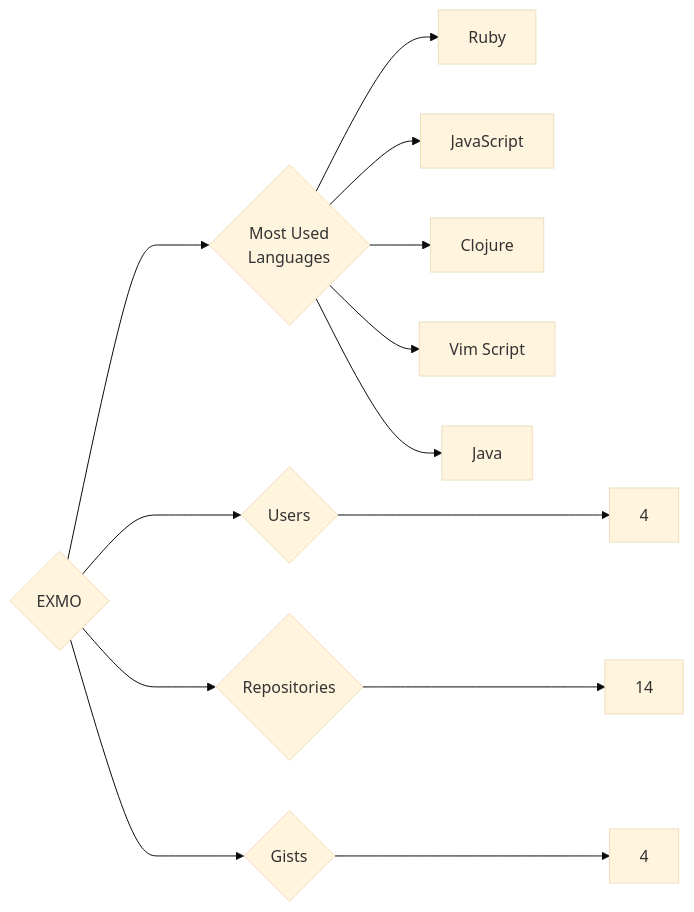
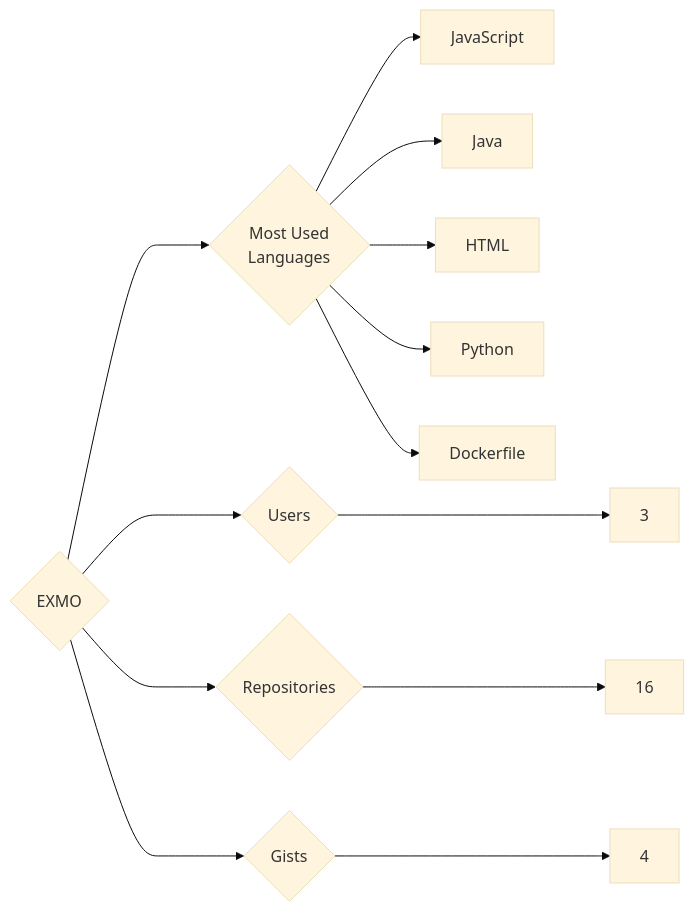
One commit to trickest/insiders changed the diagram in targets/EXMO/README.md. Above: the diagram before and after it, drawn with Mermaid (base theme). The commit also changed 1088 other files, not shown here.

````diff
--- a/targets/EXMO/README.md
+++ b/targets/EXMO/README.md
@@ -3,13 +3,13 @@
 ```mermaid
 graph LR
 COMPANY_NAME{EXMO}
-COMPANY_NAME ---> U{Users} ---> UN[4]
-COMPANY_NAME ---> R{Repositories} ---> RN[14]
+COMPANY_NAME ---> U{Users} ---> UN[3]
+COMPANY_NAME ---> R{Repositories} ---> RN[16]
 COMPANY_NAME ---> G{Gists} ---> GN[4]
 COMPANY_NAME ---> ML{Most Used<br>Languages}
-ML --> Ruby[Ruby]
 ML --> JavaScript[JavaScript]
-ML --> Clojure[Clojure]
-ML --> Vim_Script[Vim Script]
 ML --> Java[Java]
+ML --> HTML[HTML]
+ML --> Python[Python]
+ML --> Dockerfile[Dockerfile]
 ```
````
